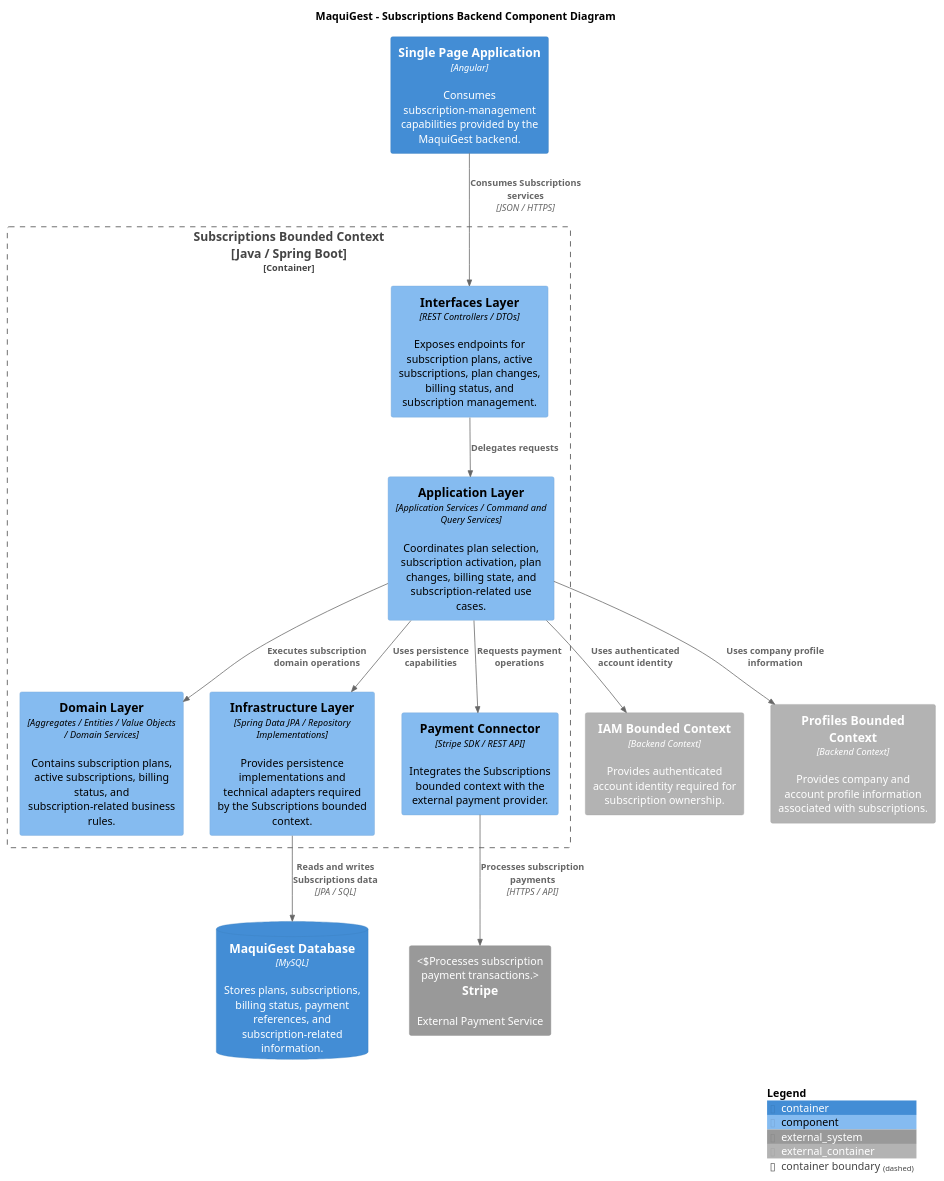
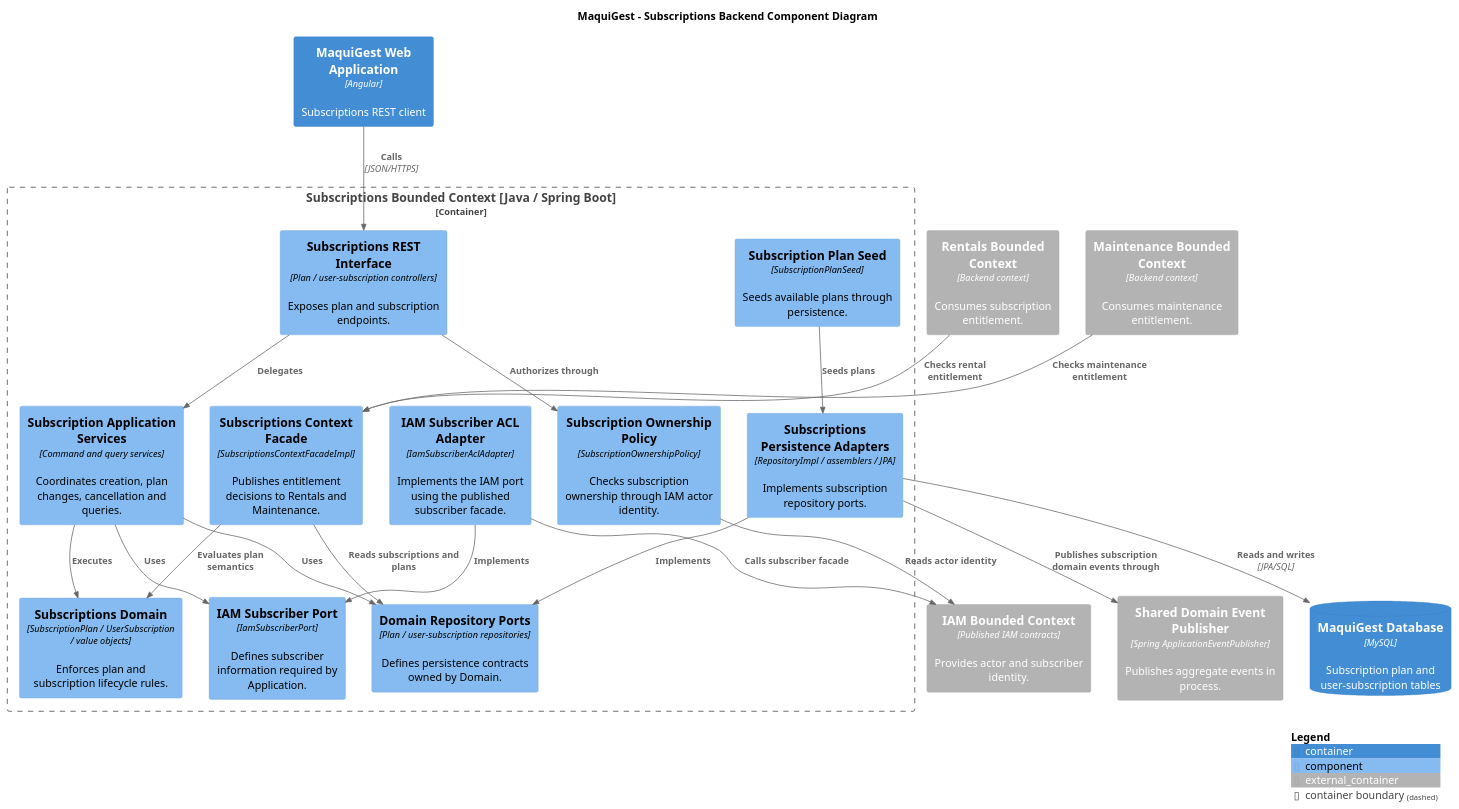
The diagram in assets/plantuml/chapter-4/c4/component/backend/maquigest-backend-subscriptions-component-diagram.puml (upc-pre-202620-1asi0729-7750-cleancode/maquigest-report), drawn with PlantUML before and after one commit. The commit also changed 13 other files, not shown here.

Commit message:
fix(docs): update backend component diagrams assets

```diff
--- a/assets/plantuml/chapter-4/c4/component/backend/maquigest-backend-subscriptions-component-diagram.puml
+++ b/assets/plantuml/chapter-4/c4/component/backend/maquigest-backend-subscriptions-component-diagram.puml
@@ -1,47 +1,40 @@
 @startuml
-
-!include https://raw.githubusercontent.com/plantuml-stdlib/C4-PlantUML/master/C4_Component.puml
-
+!include _includes/C4_Component.puml
 title MaquiGest - Subscriptions Backend Component Diagram
-
-Container(spa, "Single Page Application", "Angular", "Consumes subscription-management capabilities provided by the MaquiGest backend.")
-
-Container_Boundary(subscriptionsContext, "Subscriptions Bounded Context\n[Java / Spring Boot]") {
-
-    Component(interfacesLayer, "Interfaces Layer", "REST Controllers / DTOs", "Exposes endpoints for subscription plans, active subscriptions, plan changes, billing status, and subscription management.")
-
-    Component(applicationLayer, "Application Layer", "Application Services / Command and Query Services", "Coordinates plan selection, subscription activation, plan changes, billing state, and subscription-related use cases.")
-
-    Component(domainLayer, "Domain Layer", "Aggregates / Entities / Value Objects / Domain Services", "Contains subscription plans, active subscriptions, billing status, and subscription-related business rules.")
-
-    Component(infrastructureLayer, "Infrastructure Layer", "Spring Data JPA / Repository Implementations", "Provides persistence implementations and technical adapters required by the Subscriptions bounded context.")
-
-    Component(paymentConnector, "Payment Connector", "Stripe SDK / REST API", "Integrates the Subscriptions bounded context with the external payment provider.")
+Container(spa, "MaquiGest Web Application", "Angular", "Subscriptions REST client")
+Container_Ext(iam, "IAM Bounded Context", "Published IAM contracts", "Provides actor and subscriber identity.")
+Container_Ext(rentals, "Rentals Bounded Context", "Backend context", "Consumes subscription entitlement.")
+Container_Ext(maintenance, "Maintenance Bounded Context", "Backend context", "Consumes maintenance entitlement.")
+Container_Ext(shared, "Shared Domain Event Publisher", "Spring ApplicationEventPublisher", "Publishes aggregate events in process.")
+Container_Boundary(subscriptions, "Subscriptions Bounded Context [Java / Spring Boot]") {
+ Component(rest, "Subscriptions REST Interface", "Plan / user-subscription controllers", "Exposes plan and subscription endpoints.")
+ Component(policy, "Subscription Ownership Policy", "SubscriptionOwnershipPolicy", "Checks subscription ownership through IAM actor identity.")
+ Component(app, "Subscription Application Services", "Command and query services", "Coordinates creation, plan changes, cancellation and queries.")
+ Component(domain, "Subscriptions Domain", "SubscriptionPlan / UserSubscription / value objects", "Enforces plan and subscription lifecycle rules.")
+ Component(repoPorts, "Domain Repository Ports", "Plan / user-subscription repositories", "Defines persistence contracts owned by Domain.")
+ Component(iamPort, "IAM Subscriber Port", "IamSubscriberPort", "Defines subscriber information required by Application.")
+ Component(iamAdapter, "IAM Subscriber ACL Adapter", "IamSubscriberAclAdapter", "Implements the IAM port using the published subscriber facade.")
+ Component(facade, "Subscriptions Context Facade", "SubscriptionsContextFacadeImpl", "Publishes entitlement decisions to Rentals and Maintenance.")
+ Component(persistence, "Subscriptions Persistence Adapters", "RepositoryImpl / assemblers / JPA", "Implements subscription repository ports.")
+ Component(seed, "Subscription Plan Seed", "SubscriptionPlanSeed", "Seeds available plans through persistence.")
 }
-
-Container_Ext(iamContext, "IAM Bounded Context", "Backend Context", "Provides authenticated account identity required for subscription ownership.")
-
-Container_Ext(profilesContext, "Profiles Bounded Context", "Backend Context", "Provides company and account profile information associated with subscriptions.")
-
-System_Ext(stripe, "Stripe", "External Payment Service", "Processes subscription payment transactions.")
-
-ContainerDb(database, "MaquiGest Database", "MySQL", "Stores plans, subscriptions, billing status, payment references, and subscription-related information.")
-
-Rel(spa, interfacesLayer, "Consumes Subscriptions services", "JSON / HTTPS")
-
-Rel(interfacesLayer, applicationLayer, "Delegates requests")
-
-Rel(applicationLayer, domainLayer, "Executes subscription domain operations")
-Rel(applicationLayer, infrastructureLayer, "Uses persistence capabilities")
-Rel(applicationLayer, paymentConnector, "Requests payment operations")
-
-Rel(applicationLayer, iamContext, "Uses authenticated account identity")
-Rel(applicationLayer, profilesContext, "Uses company profile information")
-
-Rel(paymentConnector, stripe, "Processes subscription payments", "HTTPS / API")
-
-Rel(infrastructureLayer, database, "Reads and writes Subscriptions data", "JPA / SQL")
-
+ContainerDb(db, "MaquiGest Database", "MySQL", "Subscription plan and user-subscription tables")
+Rel(spa, rest, "Calls", "JSON/HTTPS")
+Rel(rest, policy, "Authorizes through")
+Rel(policy, iam, "Reads actor identity")
+Rel(rest, app, "Delegates")
+Rel(app, domain, "Executes")
+Rel(app, repoPorts, "Uses")
+Rel(app, iamPort, "Uses")
+Rel(iamAdapter, iamPort, "Implements")
+Rel(iamAdapter, iam, "Calls subscriber facade")
+Rel(rentals, facade, "Checks rental entitlement")
+Rel(maintenance, facade, "Checks maintenance entitlement")
+Rel(facade, domain, "Evaluates plan semantics")
+Rel(facade, repoPorts, "Reads subscriptions and plans")
+Rel(persistence, repoPorts, "Implements")
+Rel(persistence, db, "Reads and writes", "JPA/SQL")
+Rel(persistence, shared, "Publishes subscription domain events through")
+Rel(seed, persistence, "Seeds plans")
 SHOW_LEGEND()
-
 @enduml
```
